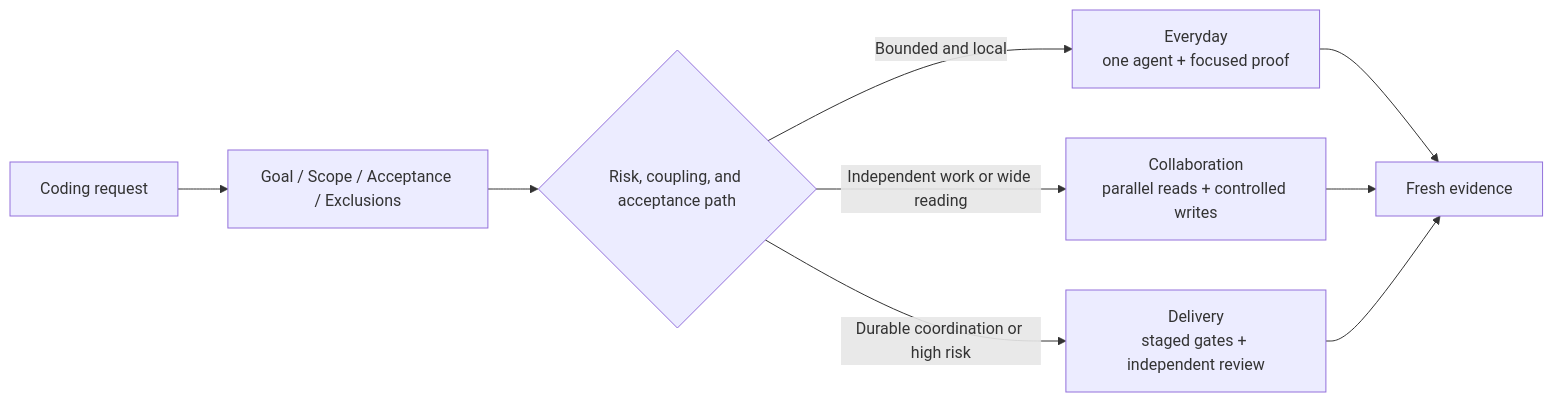
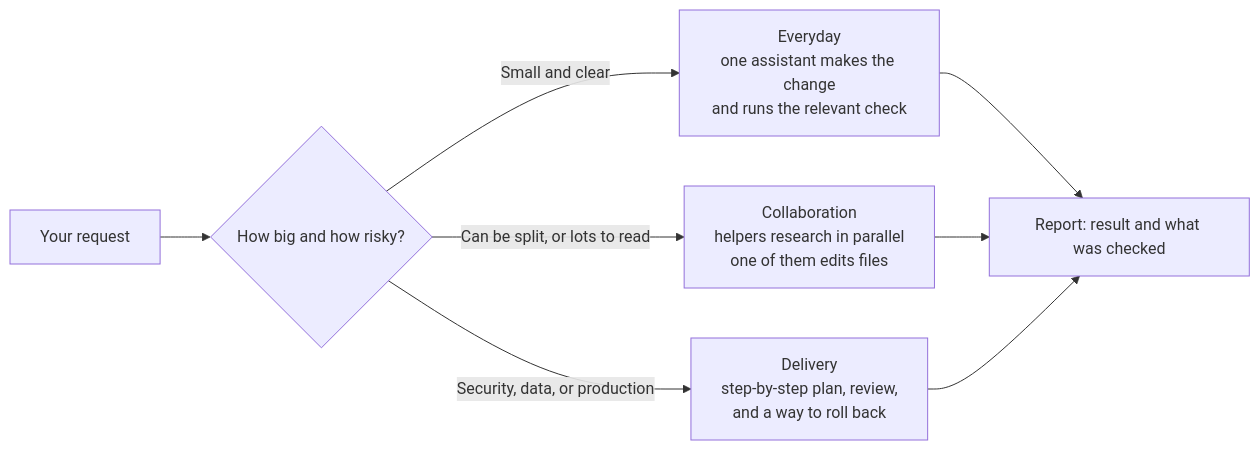
One commit to caredhieacid/jensenmo-happy_coding_everyday changed the diagram in README.md. Above: the diagram before and after it, drawn with Mermaid. The commit also changed other lines of this file and 9 other files, not shown here.

````diff
--- a/README.md
+++ b/README.md
@@ -110,11 +202,10 @@
 ```mermaid
 flowchart LR
-    A["Coding request"] --> B["Goal / Scope / Acceptance / Exclusions"]
-    B --> C{"Risk, coupling, and acceptance path"}
-    C -->|"Bounded and local"| D["Everyday<br/>one agent + focused proof"]
-    C -->|"Independent work or wide reading"| E["Collaboration<br/>parallel reads + controlled writes"]
-    C -->|"Durable coordination or high risk"| F["Delivery<br/>staged gates + independent review"]
-    D --> G["Fresh evidence"]
+    A["Your request"] --> C{"How big and how risky?"}
+    C -->|"Small and clear"| D["Everyday<br/>one assistant makes the change<br/>and runs the relevant check"]
+    C -->|"Can be split, or lots to read"| E["Collaboration<br/>helpers research in parallel<br/>one of them edits files"]
+    C -->|"Security, data, or production"| F["Delivery<br/>step-by-step plan, review,<br/>and a way to roll back"]
+    D --> G["Report: result and what was checked"]
     E --> G
     F --> G
 ```
````
